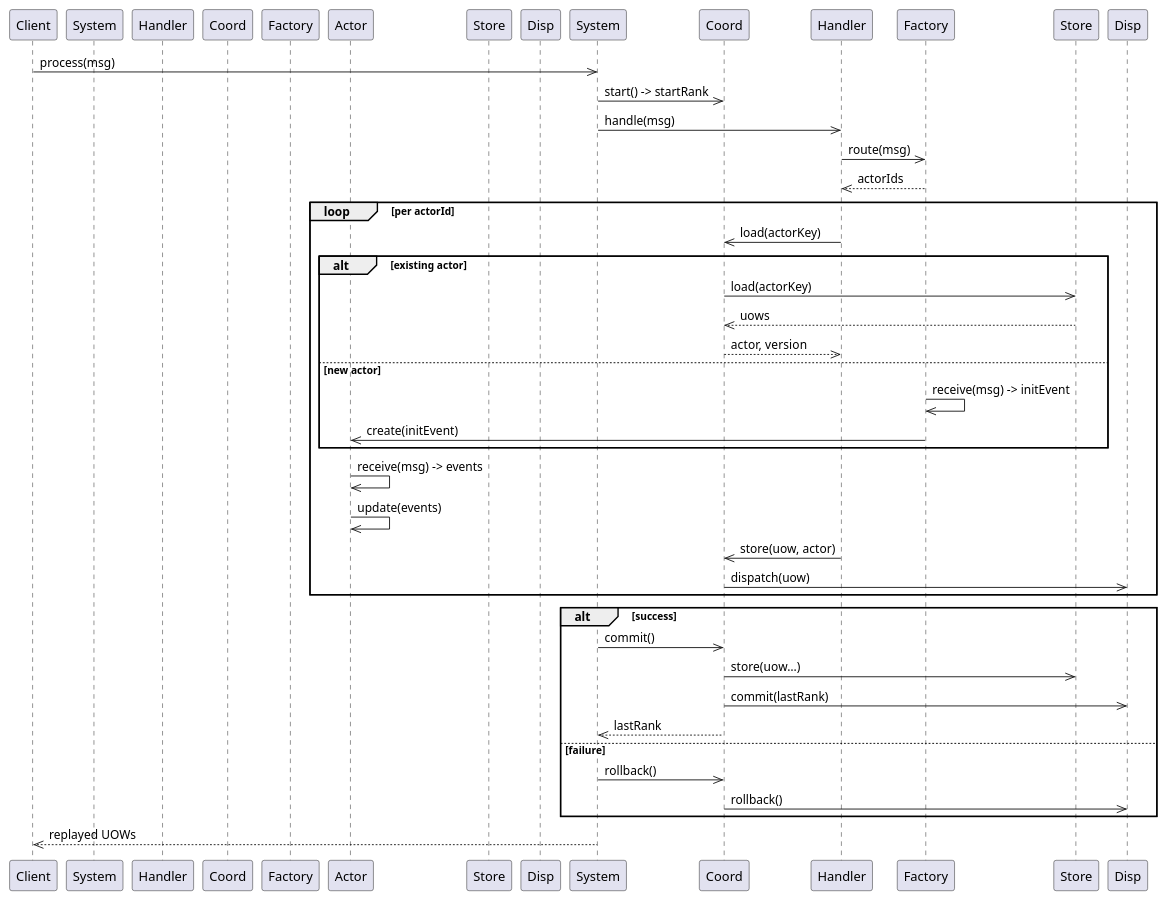
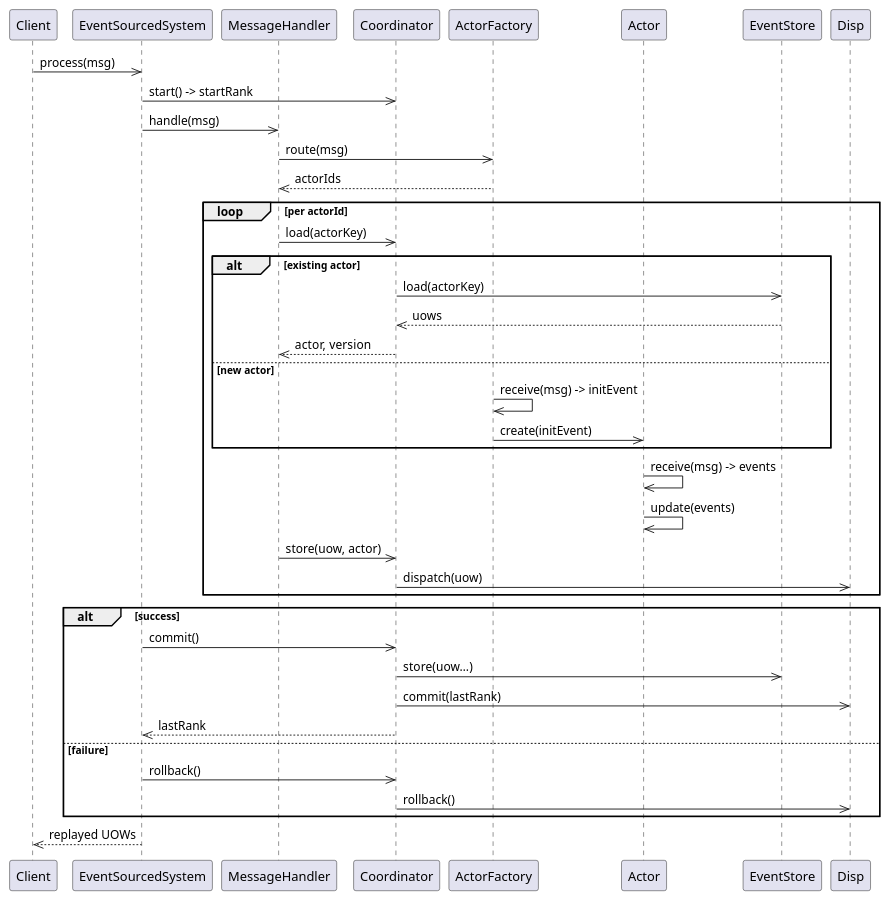
One commit to blondacz/tess changed the diagram in docs/content/02-implementation/message-processing.puml. Above: the diagram before and after it, drawn with PlantUML. The commit also changed 2 other files, not shown here.

Commit message:
added rollback to dispatcher

```diff
--- a/docs/content/02-implementation/message-processing.puml
+++ b/docs/content/02-implementation/message-processing.puml
@@ -1,41 +1,41 @@
 @startuml
 participant Client
-participant System as EventSourcedSystem
-participant Handler as MessageHandler
-participant Coord as Coordinator
-participant Factory as ActorFactory
+participant EventSourcedSystem 
+participant MessageHandler
+participant Coordinator
+participant ActorFactory
 participant Actor
-participant Store as EventStore
-participant Disp as Dispatcher
+participant EventStore
+participant Disp
 
-Client ->> System: process(msg)
-System ->> Coord: start() -> startRank
-System ->> Handler: handle(msg)
-Handler ->> Factory: route(msg)
-Factory -->> Handler: actorIds
+Client ->> EventSourcedSystem: process(msg)
+EventSourcedSystem ->> Coordinator: start() -> startRank
+EventSourcedSystem ->> MessageHandler: handle(msg)
+MessageHandler ->> ActorFactory: route(msg)
+ActorFactory -->> MessageHandler: actorIds
 loop per actorId
-  Handler ->> Coord: load(actorKey)
+  MessageHandler ->> Coordinator: load(actorKey)
   alt existing actor
-    Coord ->> Store: load(actorKey)
-    Store -->> Coord: uows
-    Coord -->> Handler: actor, version
+    Coordinator ->> EventStore: load(actorKey)
+    EventStore -->> Coordinator: uows
+    Coordinator -->> MessageHandler: actor, version
   else new actor
-    Factory ->> Factory: receive(msg) -> initEvent
-    Factory ->> Actor: create(initEvent)
+    ActorFactory ->> ActorFactory: receive(msg) -> initEvent
+    ActorFactory ->> Actor: create(initEvent)
   end
   Actor ->> Actor: receive(msg) -> events
   Actor ->> Actor: update(events)
-  Handler ->> Coord: store(uow, actor)
-  Coord ->> Disp: dispatch(uow)
+  MessageHandler ->> Coordinator: store(uow, actor)
+  Coordinator ->> Disp: dispatch(uow)
 end
 alt success
-  System ->> Coord: commit()
-  Coord ->> Store: store(uow…)
-  Coord ->> Disp: commit(lastRank)
-  Coord -->> System: lastRank
+  EventSourcedSystem ->> Coordinator: commit()
+  Coordinator ->> EventStore: store(uow…)
+  Coordinator ->> Disp: commit(lastRank)
+  Coordinator -->> EventSourcedSystem: lastRank
 else failure
-  System ->> Coord: rollback()
-  Coord ->> Disp: rollback()
+  EventSourcedSystem ->> Coordinator: rollback()
+  Coordinator ->> Disp: rollback()
 end
-System -->> Client: replayed UOWs
+EventSourcedSystem -->> Client: replayed UOWs
 @enduml
```
